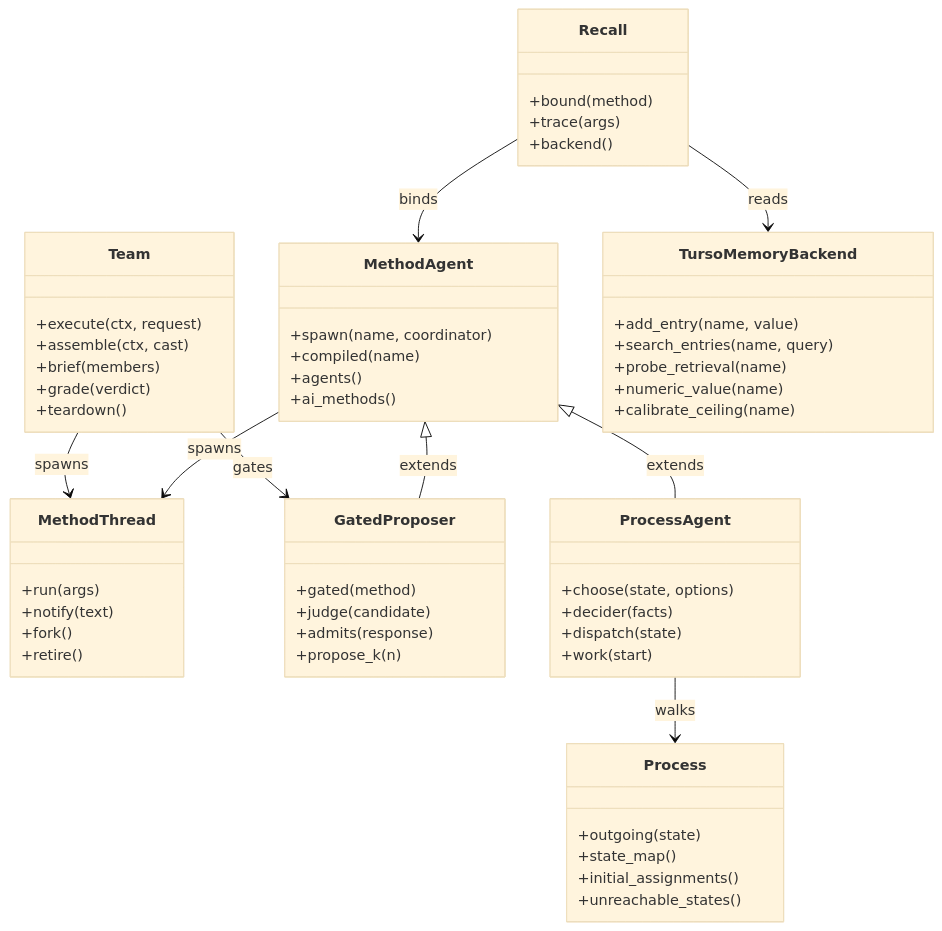
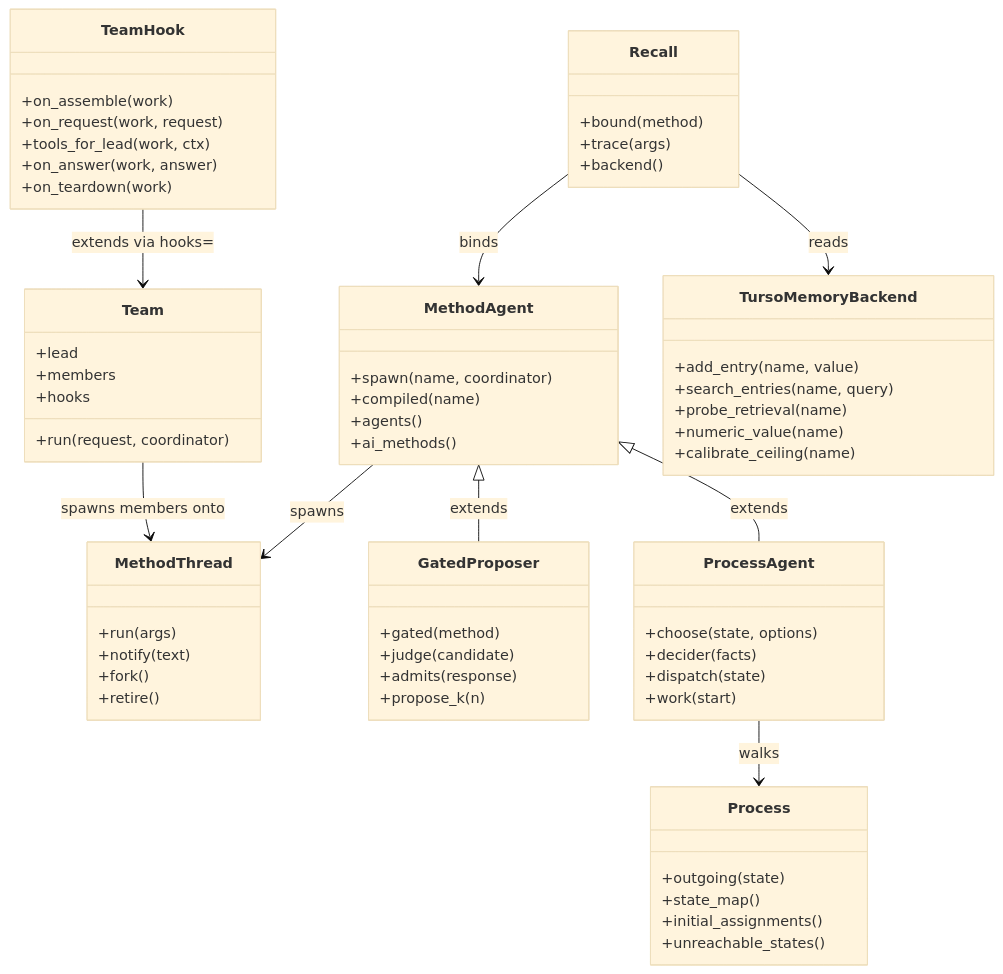
The diagram in docs/diagrams/architecture/components.md (theagenticguy/pneuma), drawn with Mermaid (base theme) before and after one commit. The commit also changed 18 other files, not shown here.

First line of the commit message:
Rewrite docs for the hooks-first team (T8 Wave 3)

````diff
--- a/docs/diagrams/architecture/components.md
+++ b/docs/diagrams/architecture/components.md
@@ -3,61 +3,67 @@
 ```mermaid
 classDiagram
     class MethodAgent {
         +spawn(name, coordinator)
         +compiled(name)
         +agents()
         +ai_methods()
     }
     class MethodThread {
         +run(args)
         +notify(text)
         +fork()
         +retire()
     }
     class GatedProposer {
         +gated(method)
         +judge(candidate)
         +admits(response)
         +propose_k(n)
     }
     class Recall {
         +bound(method)
         +trace(args)
         +backend()
     }
     class ProcessAgent {
         +choose(state, options)
         +decider(facts)
         +dispatch(state)
         +work(start)
     }
     class Team {
-        +execute(ctx, request)
-        +assemble(ctx, cast)
-        +brief(members)
-        +grade(verdict)
-        +teardown()
+        +run(request, coordinator)
+        +lead
+        +members
+        +hooks
+    }
+    class TeamHook {
+        +on_assemble(work)
+        +on_request(work, request)
+        +tools_for_lead(work, ctx)
+        +on_answer(work, answer)
+        +on_teardown(work)
     }
     class Process {
         +outgoing(state)
         +state_map()
         +initial_assignments()
         +unreachable_states()
     }
     class TursoMemoryBackend {
         +add_entry(name, value)
         +search_entries(name, query)
         +probe_retrieval(name)
         +numeric_value(name)
         +calibrate_ceiling(name)
     }
 
     MethodAgent <|-- GatedProposer : extends
     MethodAgent <|-- ProcessAgent : extends
     MethodAgent --> MethodThread : spawns
     Recall --> MethodAgent : binds
     Recall --> TursoMemoryBackend : reads
-    Team --> MethodThread : spawns
-    Team --> GatedProposer : gates
+    Team --> MethodThread : spawns members onto
+    TeamHook --> Team : extends via hooks=
     ProcessAgent --> Process : walks
 ```
````
